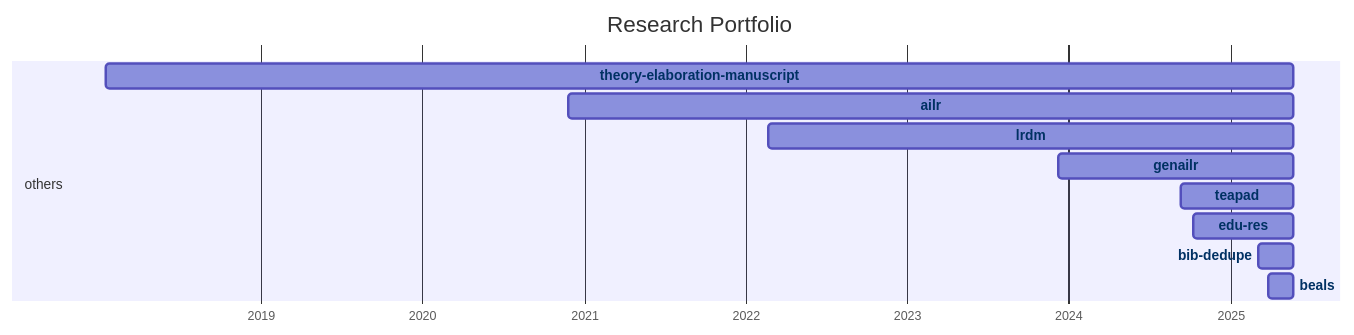
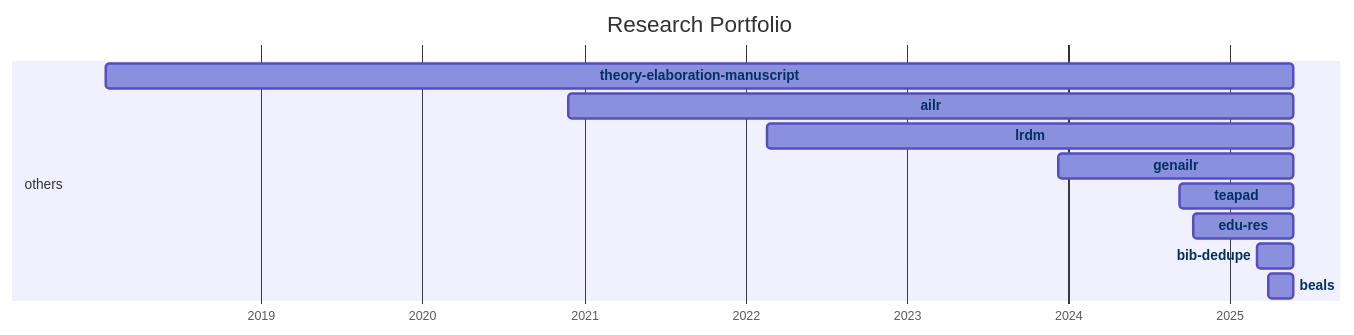
One commit to digital-work-lab/handbook changed the diagram in docs/20-research/25-projects-gantt.md. Above: the diagram before and after it, drawn with Mermaid. The commit also changed 1 other file, not shown here.

Commit message:
Update repository overview

````diff
--- a/docs/20-research/25-projects-gantt.md
+++ b/docs/20-research/25-projects-gantt.md
@@ -8,35 +8,35 @@
 ```mermaid
 ---
 displayMode: compact
 ---
 gantt
 title Research Portfolio
 dateFormat YYYY-MM-DD
 axisFormat %Y
 
     section work_practices
 
     section distributed_organizing
 
     section knowledge_synthesis
 
     section others
-        beals :beals, 2025-03-28, 2025-05-23
-        bib-dedupe :bib-dedupe, 2025-03-04, 2025-05-23
-        edu-res :edu-res, 2024-10-10, 2025-05-23
-        teapad :teapad, 2024-09-10, 2025-05-23
-        genailr :genailr, 2023-12-10, 2025-05-23
-        lrdm :lrdm, 2022-02-20, 2025-05-23
-        ailr :ailr, 2020-11-26, 2025-05-23
-        theory-elaboration-manuscript :theory-elaboration-manuscript, 2018-01-15, 2025-05-23
+        beals :beals, 2025-03-28, 2025-05-24
+        bib-dedupe :bib-dedupe, 2025-03-04, 2025-05-24
+        edu-res :edu-res, 2024-10-10, 2025-05-24
+        teapad :teapad, 2024-09-10, 2025-05-24
+        genailr :genailr, 2023-12-10, 2025-05-24
+        lrdm :lrdm, 2022-02-20, 2025-05-24
+        ailr :ailr, 2020-11-26, 2025-05-24
+        theory-elaboration-manuscript :theory-elaboration-manuscript, 2018-01-15, 2025-05-24
 
 
     click beals href "{{ site.baseurl }}/docs/20-research/25-projects/_repos/beals"
     click bib-dedupe href "{{ site.baseurl }}/docs/20-research/25-projects/_repos/bib-dedupe"
     click edu-res href "{{ site.baseurl }}/docs/20-research/25-projects/_repos/edu-res"
     click teapad href "{{ site.baseurl }}/docs/20-research/25-projects/_repos/teapad"
     click genailr href "{{ site.baseurl }}/docs/20-research/25-projects/_repos/genailr"
     click lrdm href "{{ site.baseurl }}/docs/20-research/25-projects/_repos/lrdm"
     click ailr href "{{ site.baseurl }}/docs/20-research/25-projects/_repos/ailr"
     click theory-elaboration-manuscript href "{{ site.baseurl }}/docs/20-research/25-projects/_repos/theory-elaboration-manuscript"
 ```
````
